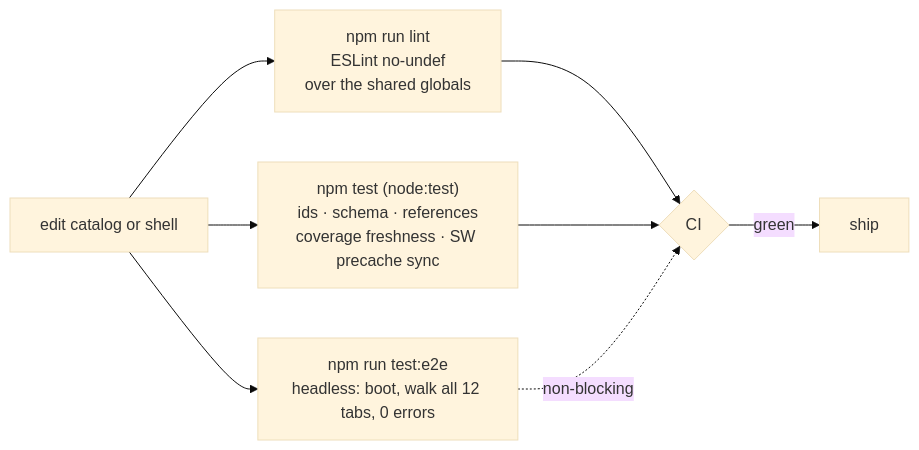
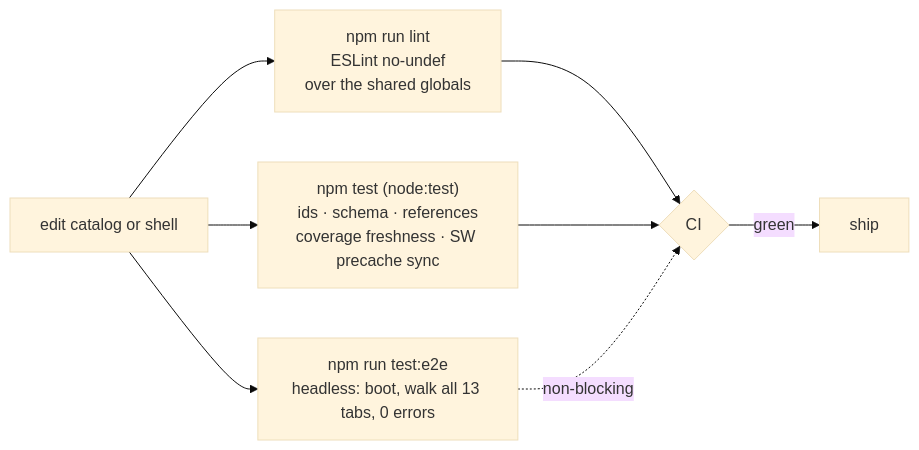
Before and after one commit to harishgovardhandamodar/AI-Agents-Patterns: the seventh of 7 diagrams in design/08-runtime-offline.md, drawn with Mermaid (base theme). The commit also changed other lines of this file and 12 other files, not shown here.

````diff
--- a/design/08-runtime-offline.md
+++ b/design/08-runtime-offline.md
@@ -115,10 +115,10 @@
 ```mermaid
 flowchart LR
   EDIT["edit catalog or shell"] --> LINT["npm run lint<br/>ESLint no-undef<br/>over the shared globals"]
   EDIT --> TEST["npm test (node:test)<br/>ids · schema · references<br/>coverage freshness · SW precache sync"]
-  EDIT --> E2E["npm run test:e2e<br/>headless: boot, walk all 12 tabs, 0 errors"]
+  EDIT --> E2E["npm run test:e2e<br/>headless: boot, walk all 13 tabs, 0 errors"]
   LINT --> CI{"CI"}
   TEST --> CI
   E2E -.->|"non-blocking"| CI
   CI -->|"green"| SHIP["ship"]
 ```
````
